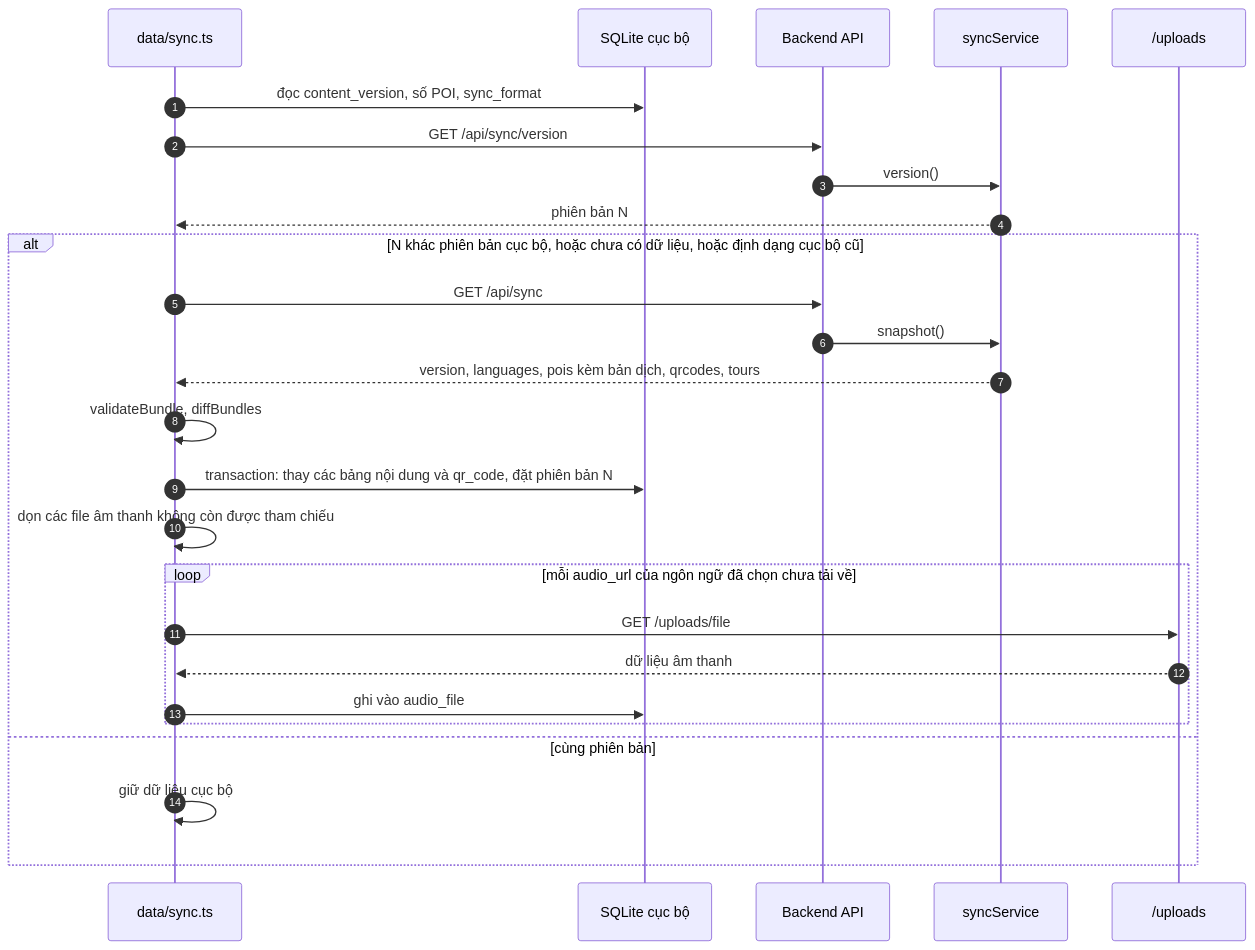
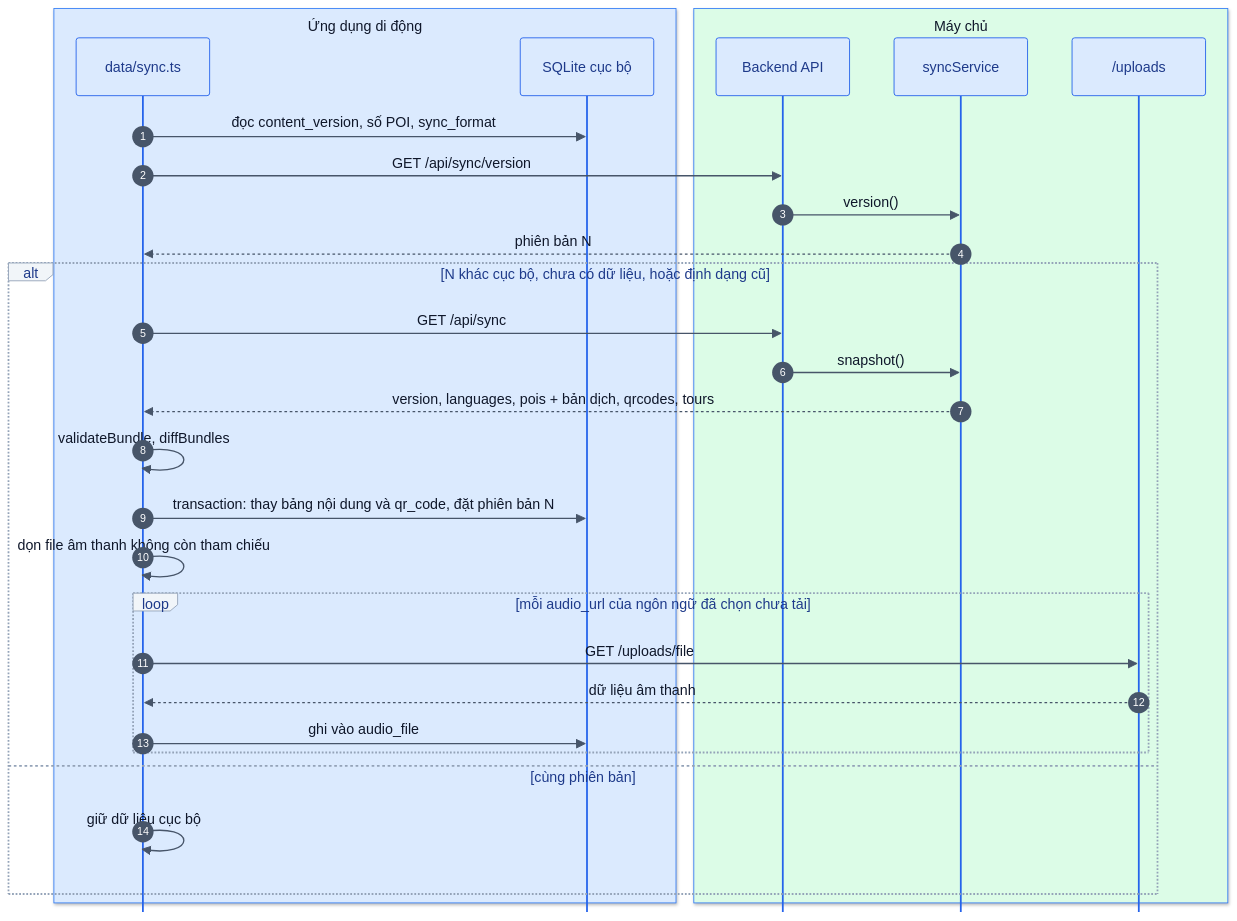
One commit to AiraLeFatale/CongNghePhanMem_Project changed diagram 20 of 28 in docs/02-design.md. Above: the diagram before and after it, drawn with Mermaid. The commit also changed other lines of this file and 181 other files, not shown here.

````diff
--- a/docs/02-design.md
+++ b/docs/02-design.md
@@ -596,29 +857,34 @@
 ```mermaid
+%%{init: {"theme":"base","fontFamily":"Helvetica Neue, Arial, sans-serif","themeVariables":{"fontFamily":"Helvetica Neue, Arial, sans-serif","fontSize":"15px","primaryColor":"#EFF6FF","primaryBorderColor":"#3B82F6","primaryTextColor":"#0F172A","lineColor":"#64748B","secondaryColor":"#F0FDF4","tertiaryColor":"#FFFFFF","clusterBkg":"#F8FAFC","clusterBorder":"#CBD5E1","edgeLabelBackground":"#FFFFFF","noteBkgColor":"#FEF9C3","noteBorderColor":"#EAB308","actorBkg":"#DBEAFE","actorBorder":"#2563EB","actorTextColor":"#1E3A8A","signalColor":"#475569","signalTextColor":"#0F172A","labelBoxBkgColor":"#F1F5F9","labelBoxBorderColor":"#94A3B8","activationBkgColor":"#E0F2FE","activationBorderColor":"#0284C7","sequenceNumberColor":"#FFFFFF","pie1":"#16A34A","pie2":"#F59E0B","pie3":"#94A3B8","pie4":"#DC2626","pie5":"#2563EB","pie6":"#7C3AED","pieStrokeColor":"#FFFFFF","pieSectionTextColor":"#FFFFFF","quadrant1Fill":"#FEE2E2","quadrant2Fill":"#FEF3C7","quadrant3Fill":"#DCFCE7","quadrant4Fill":"#FEF3C7","quadrantPointFill":"#1E3A8A","quadrantPointTextFill":"#0F172A","git0":"#1E3A8A","gitBranchLabel0":"#FFFFFF","cScale0":"#DBEAFE","cScale1":"#DCFCE7","cScale2":"#EDE9FE","cScale3":"#FEF3C7","cScale4":"#FFE4E6","cScale5":"#E0F2FE","cScale6":"#F1F5F9"},"flowchart":{"curve":"basis","padding":16,"nodeSpacing":40,"rankSpacing":50},"sequence":{"showSequenceNumbers":true,"mirrorActors":false}}}%%
 sequenceDiagram
     autonumber
-    participant APP as data/sync.ts
-    participant DB as SQLite cục bộ
-    participant API as Backend API
-    participant SS as syncService
-    participant FS as /uploads
+    box rgb(219,234,254) Ứng dụng di động
+        participant APP as data/sync.ts
+        participant DB as SQLite cục bộ
+    end
+    box rgb(220,252,231) Máy chủ
+        participant API as Backend API
+        participant SS as syncService
+        participant FS as /uploads
+    end
 
     APP->>DB: đọc content_version, số POI, sync_format
     APP->>API: GET /api/sync/version
     API->>SS: version()
     SS-->>APP: phiên bản N
-    alt N khác phiên bản cục bộ, hoặc chưa có dữ liệu, hoặc định dạng cục bộ cũ
+    alt N khác cục bộ, chưa có dữ liệu, hoặc định dạng cũ
         APP->>API: GET /api/sync
         API->>SS: snapshot()
-        SS-->>APP: version, languages, pois kèm bản dịch, qrcodes, tours
+        SS-->>APP: version, languages, pois + bản dịch, qrcodes, tours
         APP->>APP: validateBundle, diffBundles
-        APP->>DB: transaction: thay các bảng nội dung và qr_code, đặt phiên bản N
-        APP->>APP: dọn các file âm thanh không còn được tham chiếu
-        loop mỗi audio_url của ngôn ngữ đã chọn chưa tải về
+        APP->>DB: transaction: thay bảng nội dung và qr_code, đặt phiên bản N
+        APP->>APP: dọn file âm thanh không còn tham chiếu
+        loop mỗi audio_url của ngôn ngữ đã chọn chưa tải
             APP->>FS: GET /uploads/file
             FS-->>APP: dữ liệu âm thanh
             APP->>DB: ghi vào audio_file
         end
     else cùng phiên bản
         APP->>APP: giữ dữ liệu cục bộ
     end
 ```
````
